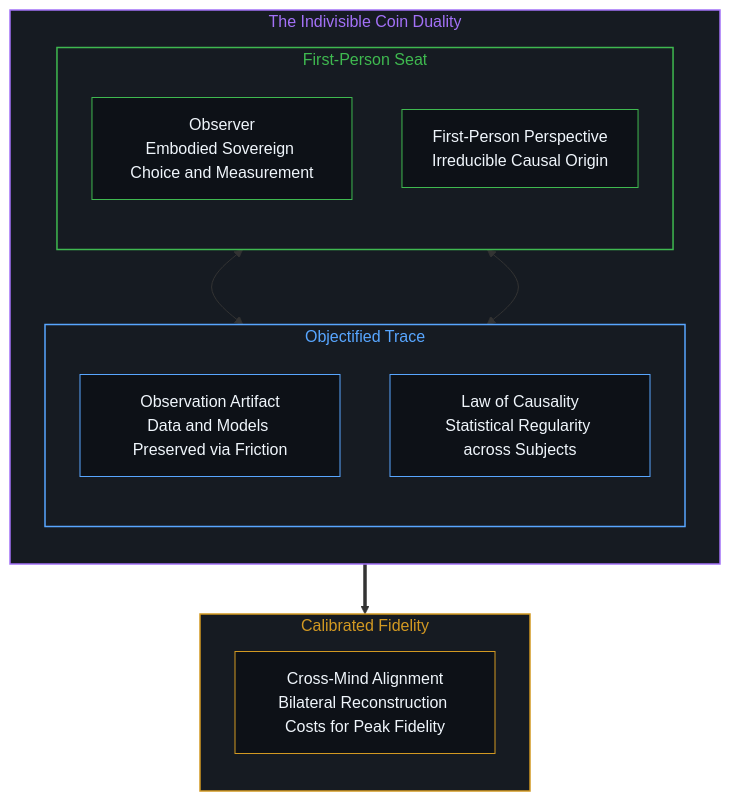
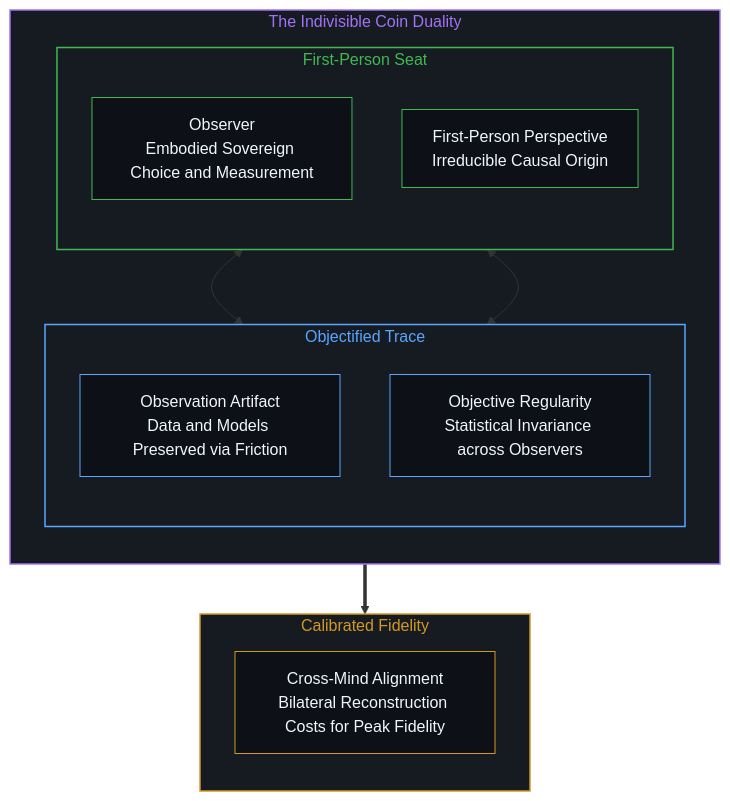
One commit to powerpig99/not-a-toe changed the fourth of 4 diagrams in content/posts/the-invisible-observer-and-the-delusion-of-lossless-transmission.md. Above: the diagram before and after it, drawn with Mermaid. The commit also changed other lines of this file and 2 other files, not shown here.

````diff
--- a/content/posts/the-invisible-observer-and-the-delusion-of-lossless-transmission.md
+++ b/content/posts/the-invisible-observer-and-the-delusion-of-lossless-transmission.md
@@ -126,32 +126,32 @@
 ```mermaid
 flowchart TD
     subgraph S_coin ["The Indivisible Coin Duality"]
         direction TB
         subgraph S_mind ["First-Person Seat"]
             direction TB
             OBS["Observer<br/>Embodied Sovereign Choice and Measurement"]
             PERS["First-Person Perspective<br/>Irreducible Causal Origin"]
         end
         subgraph S_trace ["Objectified Trace"]
             direction TB
             OBSN["Observation Artifact<br/>Data and Models Preserved via Friction"]
-            CAUS["Law of Causality<br/>Statistical Regularity across Subjects"]
+            REG["Objective Regularity<br/>Statistical Invariance across Observers"]
         end
     end
     subgraph S_fidelity ["Calibrated Fidelity"]
         direction TB
         CALIB["Cross-Mind Alignment<br/>Bilateral Reconstruction Costs for Peak Fidelity"]
     end
     OBS <--> OBSN
-    PERS <--> CAUS
+    PERS <--> REG
     S_coin ==> CALIB
     style S_coin fill:#161b22,stroke:#a371f7,stroke-width:1.5px,color:#a371f7
     style S_mind fill:#161b22,stroke:#3fb950,stroke-width:1.5px,color:#3fb950
     style S_trace fill:#161b22,stroke:#58a6ff,stroke-width:1.5px,color:#58a6ff
     style S_fidelity fill:#161b22,stroke:#d29922,stroke-width:1.5px,color:#d29922
     style OBS fill:#0d1117,stroke:#3fb950,stroke-width:1px,color:#f0f6fc
     style PERS fill:#0d1117,stroke:#3fb950,stroke-width:1px,color:#f0f6fc
     style OBSN fill:#0d1117,stroke:#58a6ff,stroke-width:1px,color:#f0f6fc
-    style CAUS fill:#0d1117,stroke:#58a6ff,stroke-width:1px,color:#f0f6fc
+    style REG fill:#0d1117,stroke:#58a6ff,stroke-width:1px,color:#f0f6fc
     style CALIB fill:#0d1117,stroke:#d29922,stroke-width:1px,color:#f0f6fc
 ```
````
